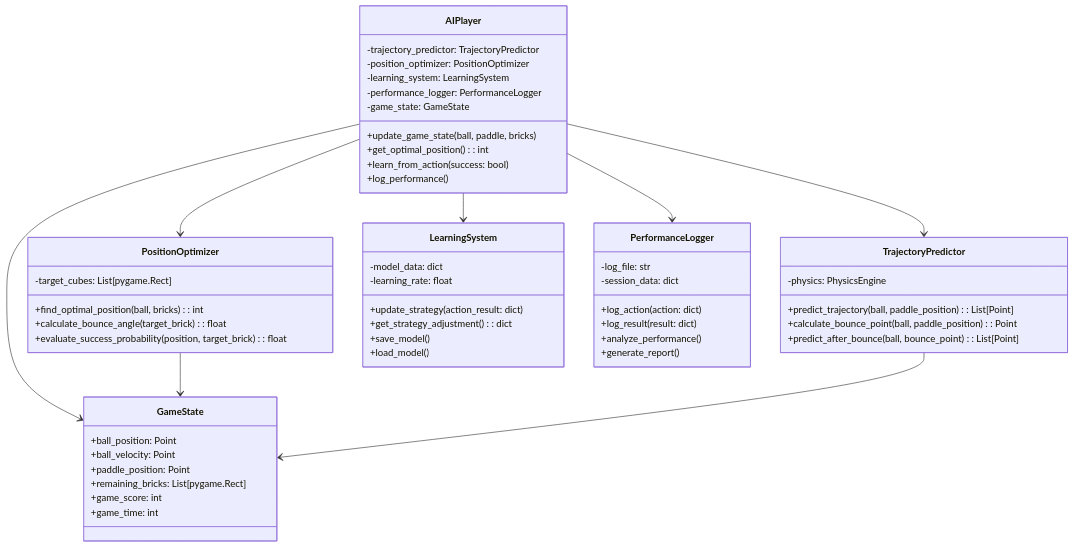
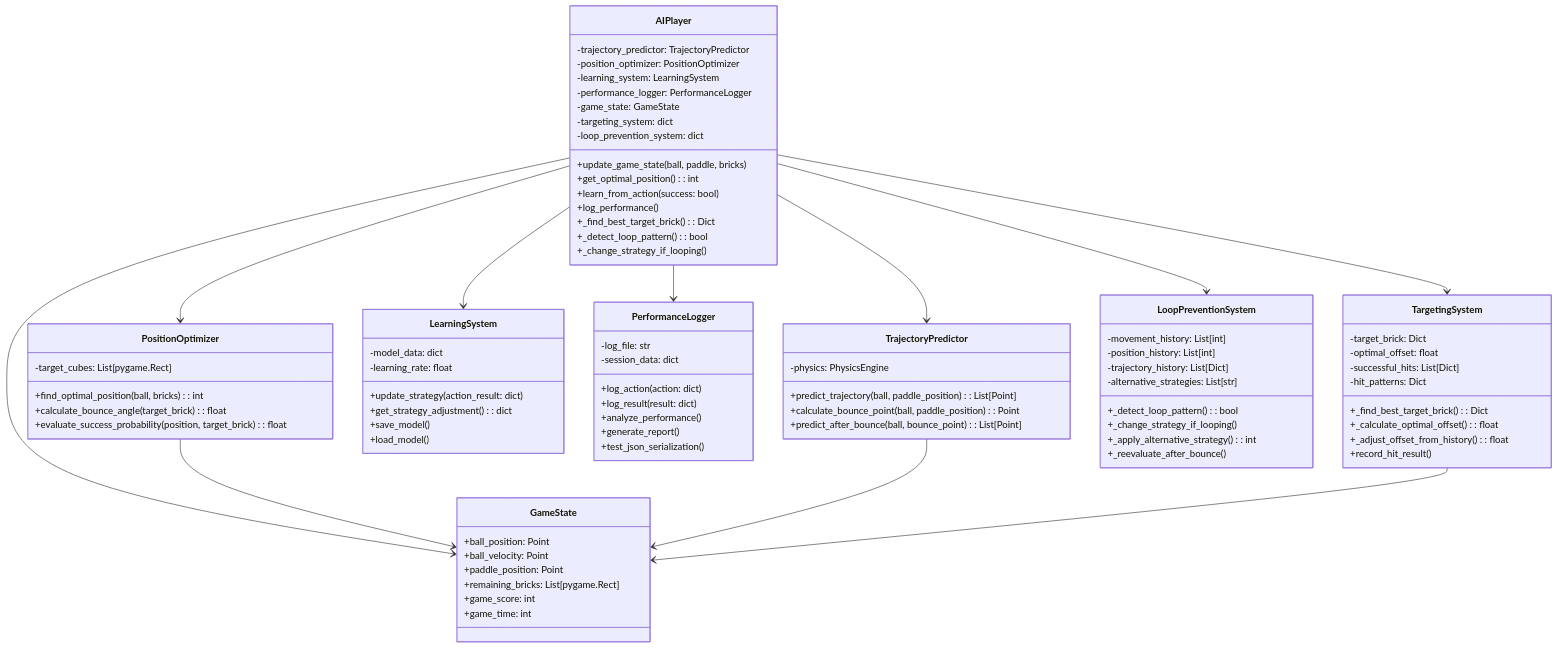
One commit to LeraTheUnicorn/PygameArkanoid changed the first of 4 diagrams in AI_ARCHITECTURE_DIAGRAM.md. Above: the diagram before and after it, drawn with Mermaid. The commit also changed other lines of this file and 4 other files, not shown here.

````diff
--- a/AI_ARCHITECTURE_DIAGRAM.md
+++ b/AI_ARCHITECTURE_DIAGRAM.md
@@ -8,10 +8,15 @@
         -learning_system: LearningSystem
         -performance_logger: PerformanceLogger
         -game_state: GameState
+        -targeting_system: dict
+        -loop_prevention_system: dict
         +update_game_state(ball, paddle, bricks)
         +get_optimal_position(): int
         +learn_from_action(success: bool)
         +log_performance()
+        +_find_best_target_brick(): Dict
+        +_detect_loop_pattern(): bool
+        +_change_strategy_if_looping()
     }
 
     class TrajectoryPredictor {
@@ -44,6 +49,29 @@
         +log_result(result: dict)
         +analyze_performance()
         +generate_report()
+        +test_json_serialization()
+    }
+
+    class TargetingSystem {
+        -target_brick: Dict
+        -optimal_offset: float
+        -successful_hits: List[Dict]
+        -hit_patterns: Dict
+        +_find_best_target_brick(): Dict
+        +_calculate_optimal_offset(): float
+        +_adjust_offset_from_history(): float
+        +record_hit_result()
+    }
+
+    class LoopPreventionSystem {
+        -movement_history: List[int]
+        -position_history: List[int]
+        -trajectory_history: List[Dict]
+        -alternative_strategies: List[str]
+        +_detect_loop_pattern(): bool
+        +_change_strategy_if_looping()
+        +_apply_alternative_strategy(): int
+        +_reevaluate_after_bounce()
     }
 
     class GameState {
@@ -60,6 +88,9 @@
     AIPlayer --> LearningSystem
     AIPlayer --> PerformanceLogger
     AIPlayer --> GameState
+    AIPlayer --> TargetingSystem
+    AIPlayer --> LoopPreventionSystem
     PositionOptimizer --> GameState
     TrajectoryPredictor --> GameState
+    TargetingSystem --> GameState
 ```
````
